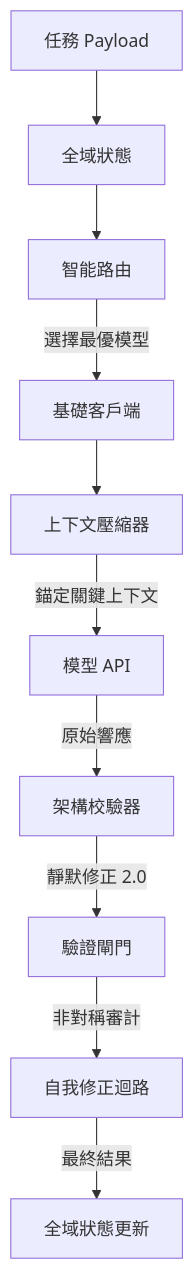
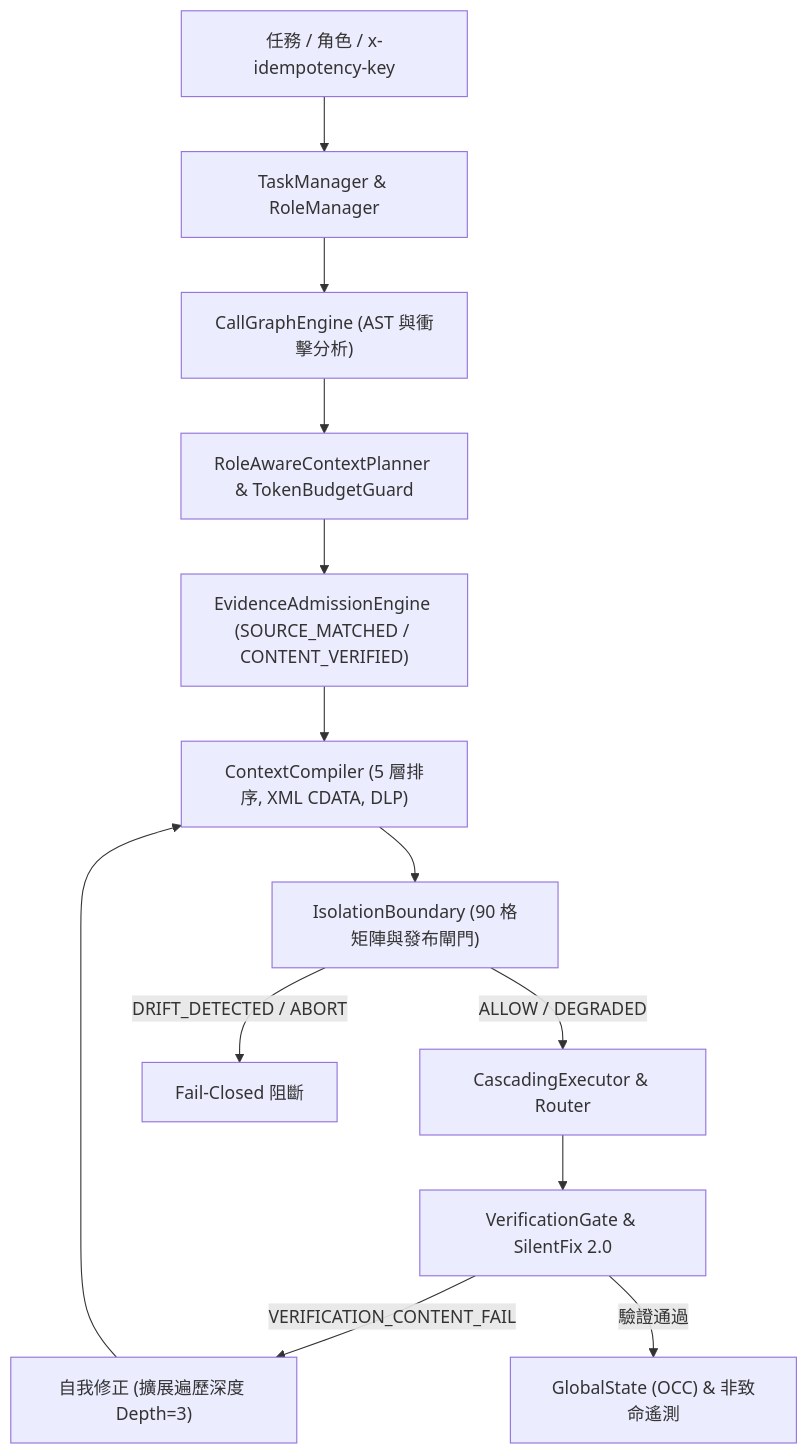
Before and after one commit to etrnya/model-hub-agent: the diagram in README_ZH.md, drawn with Mermaid. The commit also changed other lines of this file and 4 other files, not shown here.

````diff
--- a/README_ZH.md
+++ b/README_ZH.md
@@ -36,12 +44,15 @@
 ```mermaid
 graph TD
-    A[任務 Payload] --> B[全域狀態]
-    B --> C[智能路由]
-    C -->|選擇最優模型| D[基礎客戶端]
-    D --> E[上下文壓縮器]
-    E -->|錨定關鍵上下文| F[模型 API]
-    F -->|原始響應| G[架構校驗器]
-    G -->|靜默修正 2.0| H[驗證閘門]
-    H -->|非對稱審計| I[自我修正迴路]
-    I -->|最終結果| J[全域狀態更新]
+    A["任務 / 角色 / x-idempotency-key"] --> B["TaskManager & RoleManager"]
+    B --> C["CallGraphEngine (AST 與衝擊分析)"]
+    C --> D["RoleAwareContextPlanner & TokenBudgetGuard"]
+    D --> E["EvidenceAdmissionEngine (SOURCE_MATCHED / CONTENT_VERIFIED)"]
+    E --> F["ContextCompiler (5 層排序, XML CDATA, DLP)"]
+    F --> G["IsolationBoundary (90 格矩陣與發布閘門)"]
+    G -->|ALLOW / DEGRADED| H["CascadingExecutor & Router"]
+    G -->|DRIFT_DETECTED / ABORT| X["Fail-Closed 阻斷"]
+    H --> I["VerificationGate & SilentFix 2.0"]
+    I -->|VERIFICATION_CONTENT_FAIL| C2["自我修正 (擴展遍歷深度 Depth=3)"]
+    C2 --> F
+    I -->|驗證通過| J["GlobalState (OCC) & 非致命遙測"]
 ```
````
